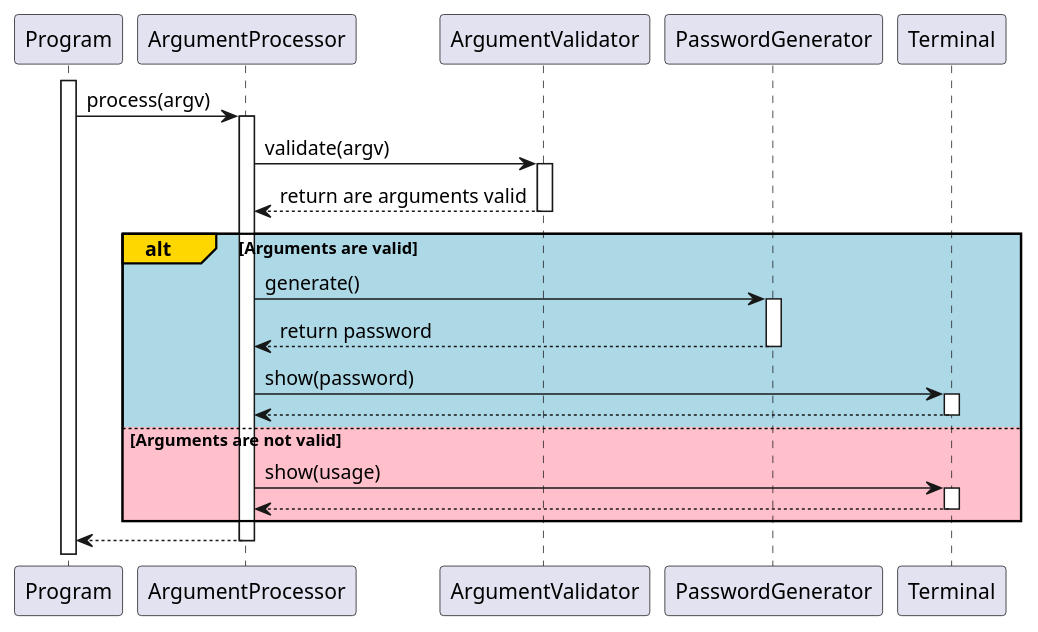
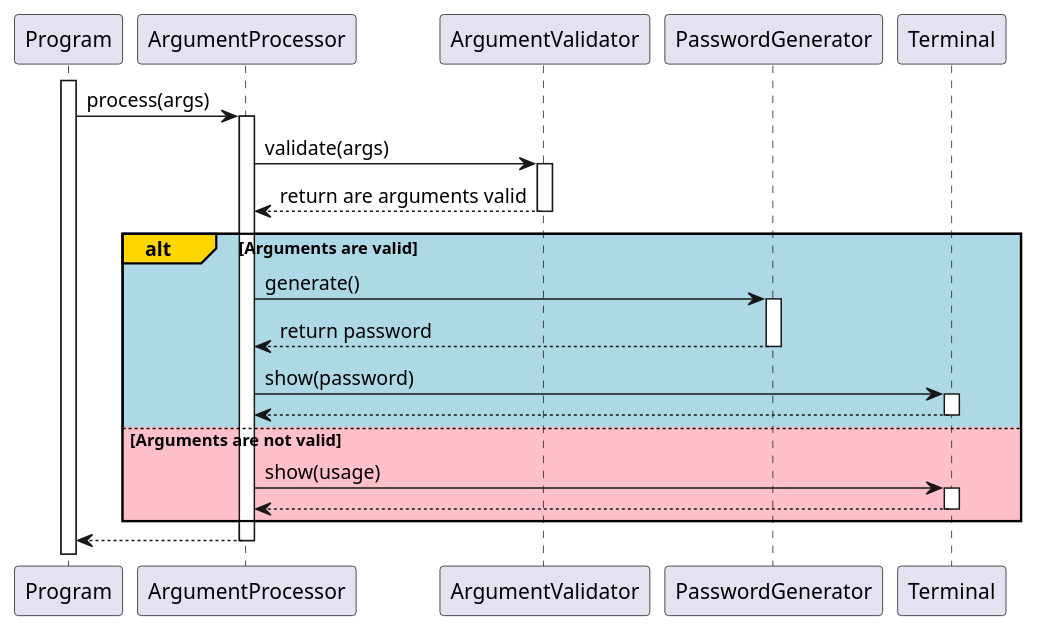
Before and after one commit to djvelimir/demo-python-cli: the diagram in diagrams/Sequence.puml, drawn with PlantUML. The commit also changed 8 other files, not shown here.

Commit message:
Refactoring: update diagrams

```diff
--- a/diagrams/Sequence.puml
+++ b/diagrams/Sequence.puml
@@ -1,38 +1,38 @@
 @startuml Sequence
 participant Program as program
 participant ArgumentProcessor as argumentProcessor
 participant ArgumentValidator as argumentValidator
 participant PasswordGenerator as passwordGenerator
 participant Terminal as terminal
 
 activate program
 
-program -> argumentProcessor: process(argv)
+program -> argumentProcessor: process(args)
 activate argumentProcessor
 
-argumentProcessor -> argumentValidator: validate(argv)
+argumentProcessor -> argumentValidator: validate(args)
 activate argumentValidator
 argumentProcessor <-- argumentValidator: return are arguments valid
 deactivate argumentValidator
 
 alt#Gold #LightBlue Arguments are valid
     argumentProcessor -> passwordGenerator: generate()
     activate passwordGenerator
     argumentProcessor <-- passwordGenerator: return password
     deactivate passwordGenerator
 
     argumentProcessor -> terminal: show(password)
     activate terminal
     argumentProcessor <-- terminal
     deactivate terminal
 
 else #Pink Arguments are not valid
     argumentProcessor -> terminal: show(usage)
     activate terminal
     argumentProcessor <-- terminal
     deactivate terminal
 end
 
 program <-- argumentProcessor
 deactivate argumentProcessor
 @enduml
```
